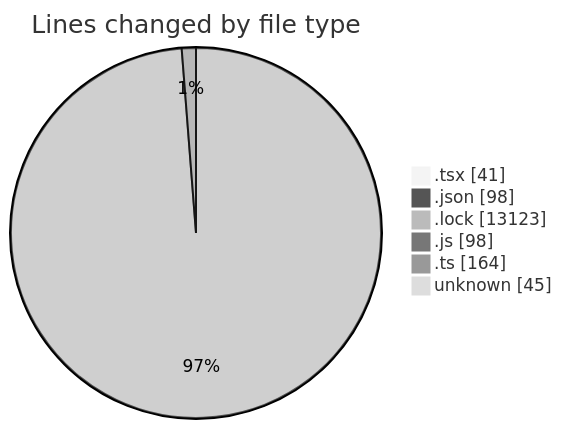
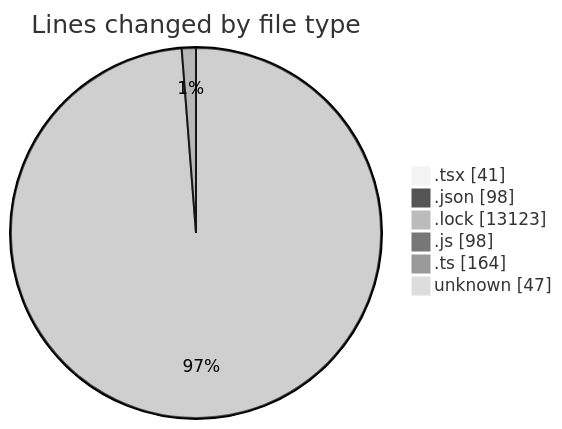
Before and after one commit to momahboobian/code-tracking: the first of 2 diagrams in 2025-09-03/cda/README.md, drawn with Mermaid (neutral theme). The commit also changed other lines of this file and 1 other file, not shown here.

````diff
--- a/2025-09-03/cda/README.md
+++ b/2025-09-03/cda/README.md
@@ -29,10 +29,10 @@
 ```mermaid
 pie showData
 title Lines changed by file type
 ".tsx" : 41
 ".json" : 98
 ".lock" : 13123
 ".js" : 98
 ".ts" : 164
-"unknown" : 45
+"unknown" : 47
 ```
````
